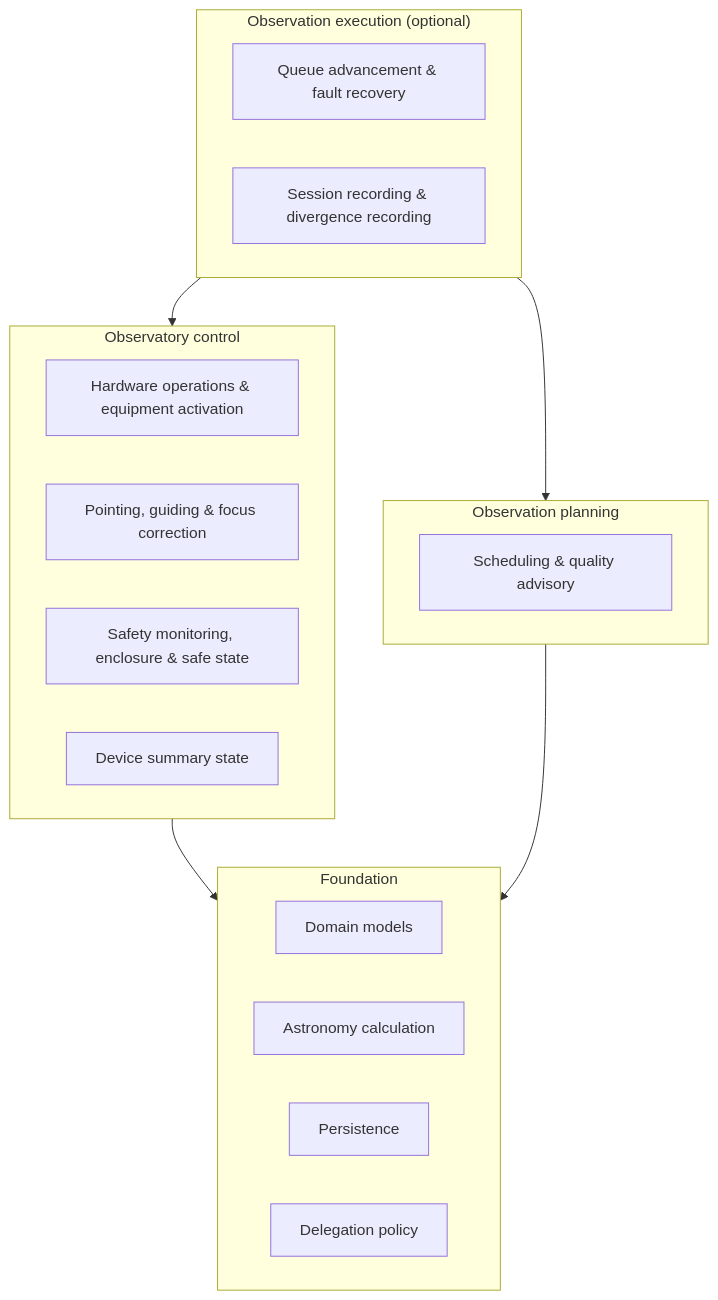
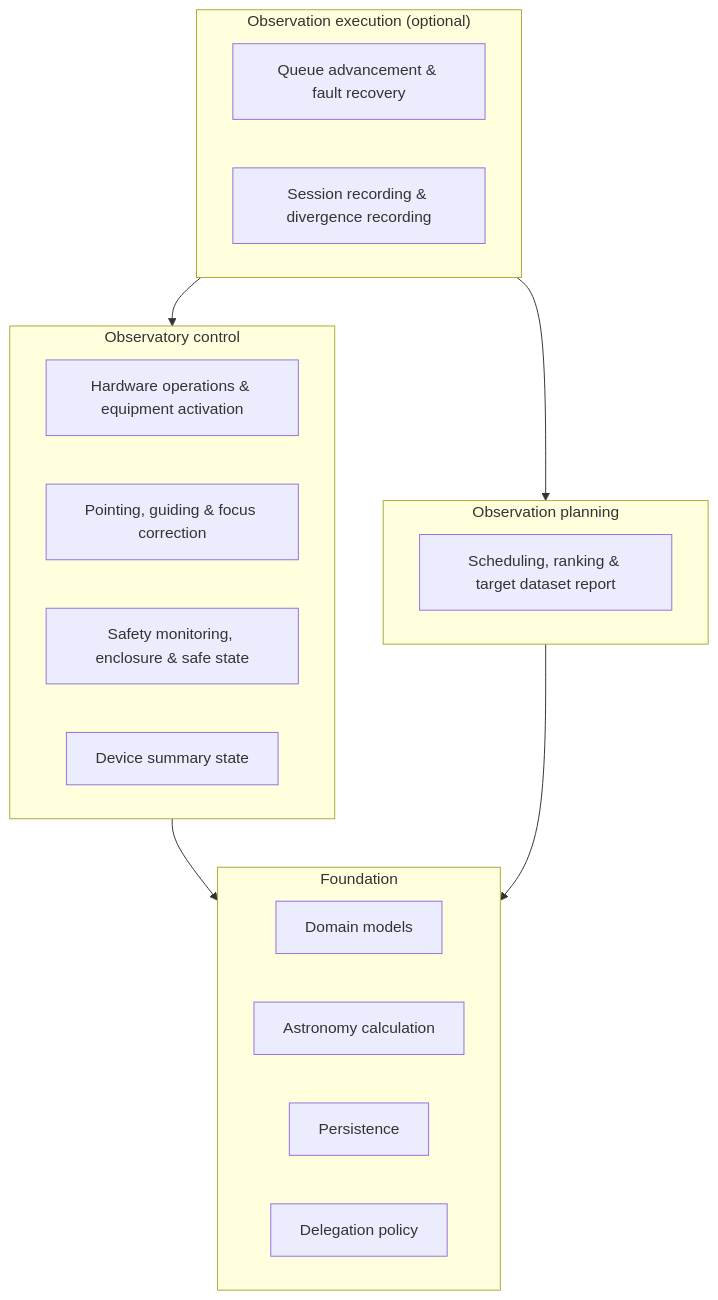
One commit to m1chae2/astrometrics changed the first of 2 diagrams in documentation/library_design/Wayfinding_Library_Architecture.md. Above: the diagram before and after it, drawn with Mermaid. The commit also changed other lines of this file and 232 other files, not shown here.

````diff
--- a/documentation/library_design/Wayfinding_Library_Architecture.md
+++ b/documentation/library_design/Wayfinding_Library_Architecture.md
@@ -33,26 +33,26 @@
 ```mermaid
 flowchart TB
     subgraph EXEC["Observation execution (optional)"]
         RUN["Queue advancement & fault recovery"]
         REC["Session recording & divergence recording"]
     end
     subgraph CTRL["Observatory control"]
         HW["Hardware operations & equipment activation"]
         CORR["Pointing, guiding & focus correction"]
         SAFE["Safety monitoring, enclosure & safe state"]
         DEV["Device summary state"]
     end
     subgraph PLAN["Observation planning"]
-        SCHED["Scheduling & quality advisory"]
+        SCHED["Scheduling, ranking & target dataset report"]
     end
     subgraph FOUND["Foundation"]
         MODELS["Domain models"]
         ASTRO["Astronomy calculation"]
         PERSIST["Persistence"]
         DELEG["Delegation policy"]
     end
     EXEC --> CTRL
     EXEC --> PLAN
     CTRL --> FOUND
     PLAN --> FOUND
 ```
````
